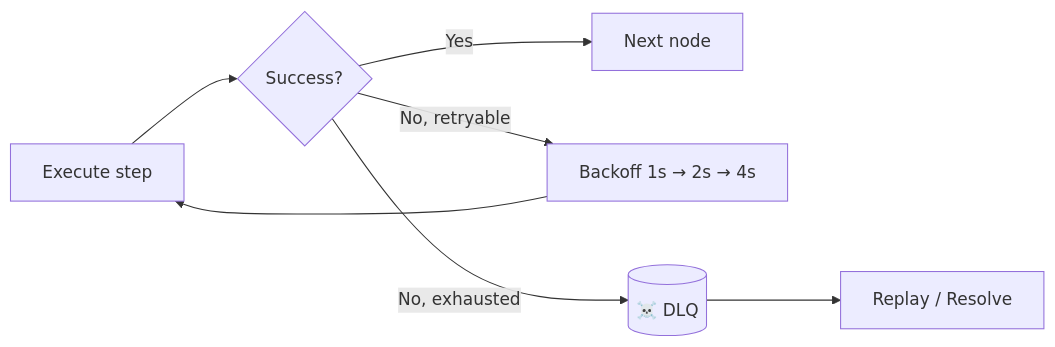
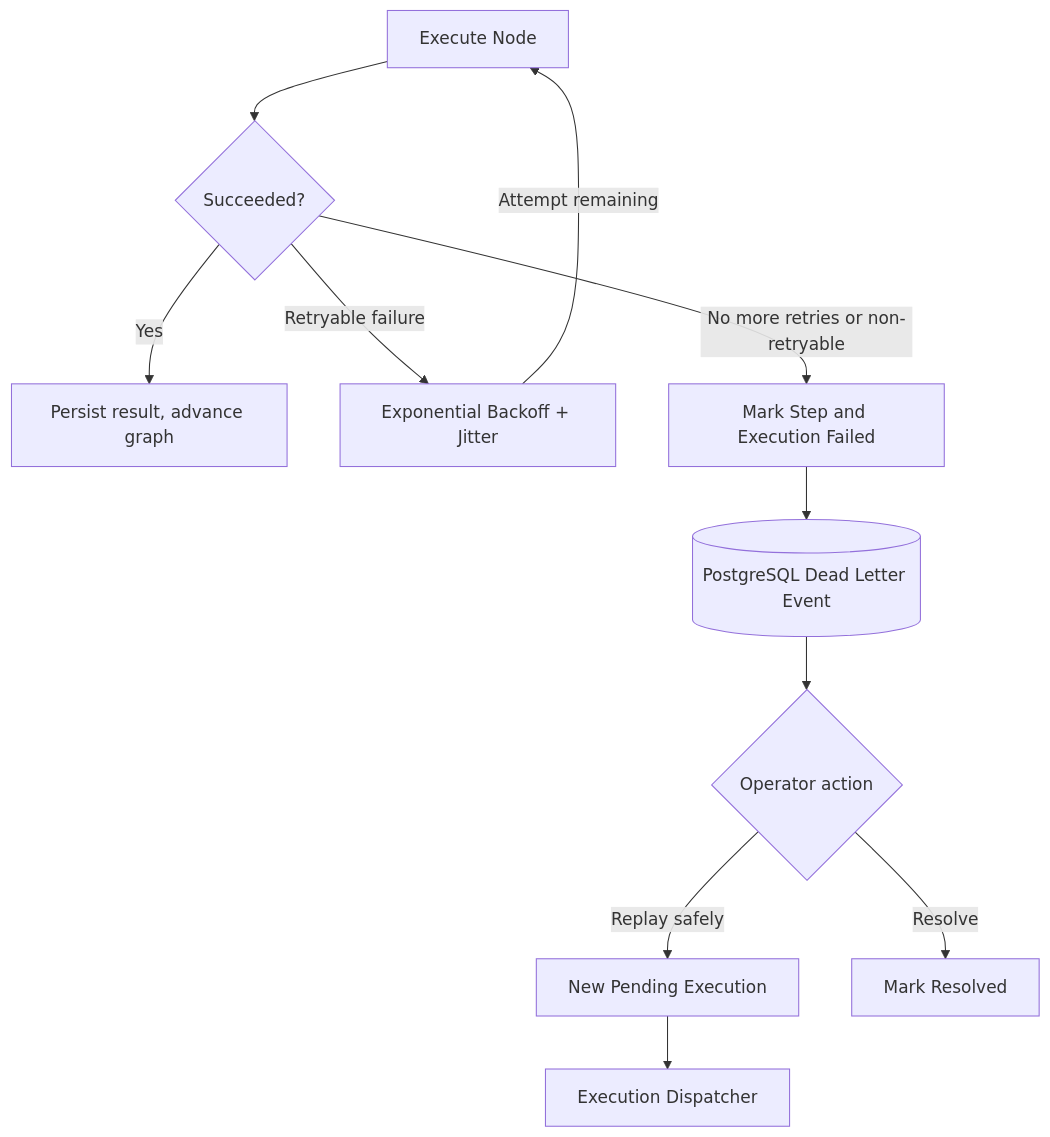
Before and after one commit to shaad4/relay-workflow-automation: the fourth of 4 diagrams in README.md, drawn with Mermaid. The commit also changed other lines of this file, not shown here.

Commit message:
docs: update README to enhance clarity and detail on Relay's capabilities and architecture

````diff
--- a/README.md
+++ b/README.md
@@ -123,7 +144,13 @@
 ```mermaid
-flowchart LR
-    S["Execute step"] --> R{"Success?"}
-    R -- Yes --> N["Next node"]
-    R -- "No, retryable" --> B["Backoff 1s → 2s → 4s"] --> S
-    R -- "No, exhausted" --> DLQ[("☠️ DLQ")] --> OP["Replay / Resolve"]
+flowchart TD
+    N["Execute Node"] --> S{"Succeeded?"}
+    S -->|Yes| NEXT["Persist result, advance graph"]
+    S -->|Retryable failure| BACK["Exponential Backoff + Jitter"]
+    BACK -->|Attempt remaining| N
+    S -->|No more retries or non-retryable| F["Mark Step and Execution Failed"]
+    F --> DLQ[("PostgreSQL Dead Letter Event")]
+    DLQ --> CH{"Operator action"}
+    CH -->|Replay safely| P["New Pending Execution"]
+    CH -->|Resolve| CLOSE["Mark Resolved"]
+    P --> DISP["Execution Dispatcher"]
 ```
````
